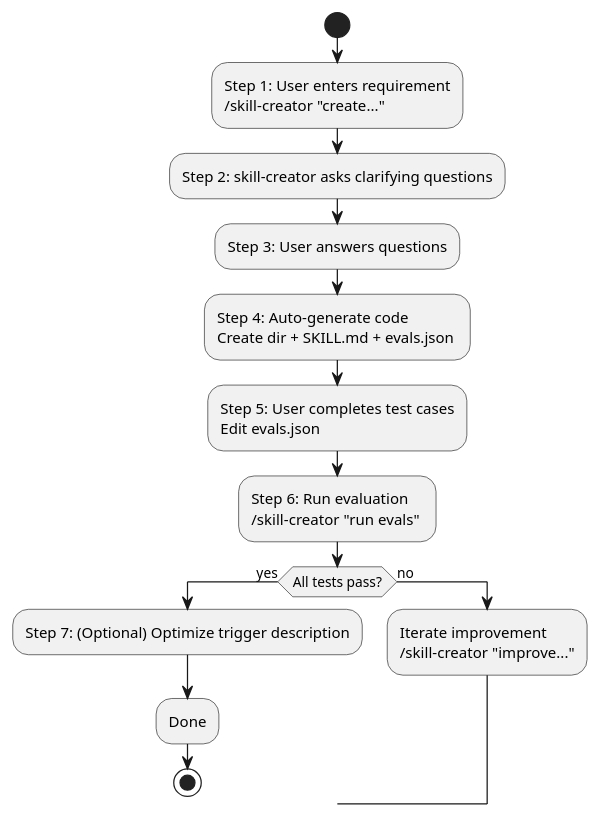
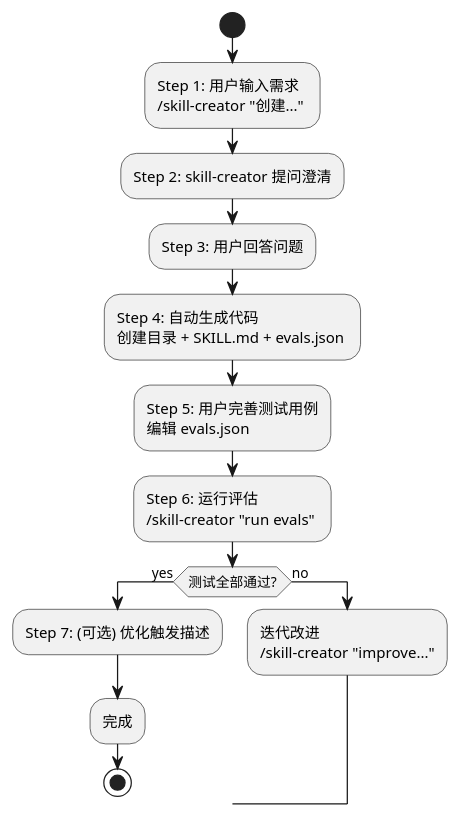
One commit to syllr/ainote changed the first of 2 diagrams in 02-Learning/claude/skill-creator.md. Above: the diagram before and after it, drawn with PlantUML.

Commit message:
Revert PlantUML diagram text back to Chinese
Now we're using PNG format, which is rendered completely on plantuml.com server, so Chinese text should display correctly without overlapping.

````diff
--- a/02-Learning/claude/skill-creator.md
+++ b/02-Learning/claude/skill-creator.md
@@ -81,28 +81,28 @@
 ```plantuml
 @startuml
 skinparam linetype ortho
 skinparam shadowing false
 
 start
-:Step 1: User enters requirement\n/skill-creator "create..." ;
+:Step 1: 用户输入需求\n/skill-creator "创建..." ;
 
-:Step 2: skill-creator asks clarifying questions;
+:Step 2: skill-creator 提问澄清;
 
-:Step 3: User answers questions;
+:Step 3: 用户回答问题;
 
-:Step 4: Auto-generate code\nCreate dir + SKILL.md + evals.json ;
+:Step 4: 自动生成代码\n创建目录 + SKILL.md + evals.json ;
 
-:Step 5: User completes test cases\nEdit evals.json ;
+:Step 5: 用户完善测试用例\n编辑 evals.json ;
 
-:Step 6: Run evaluation\n/skill-creator "run evals" ;
+:Step 6: 运行评估\n/skill-creator "run evals" ;
 
-if (All tests pass?) then (yes)
-  :Step 7: (Optional) Optimize trigger description;
-  :Done;
+if (测试全部通过?) then (yes)
+  :Step 7: (可选) 优化触发描述;
+  :完成;
   stop
 else (no)
-  :Iterate improvement\n/skill-creator "improve...";
+  :迭代改进\n/skill-creator "improve...";
   -> Step 6;
 endif
 @enduml
 ```
````
